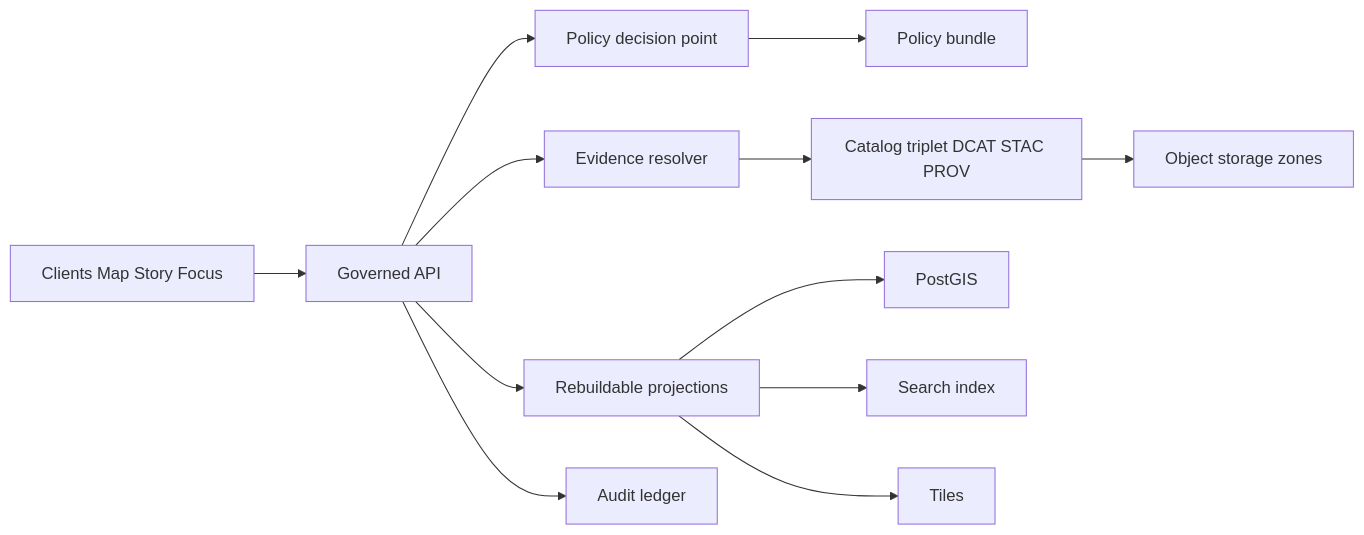
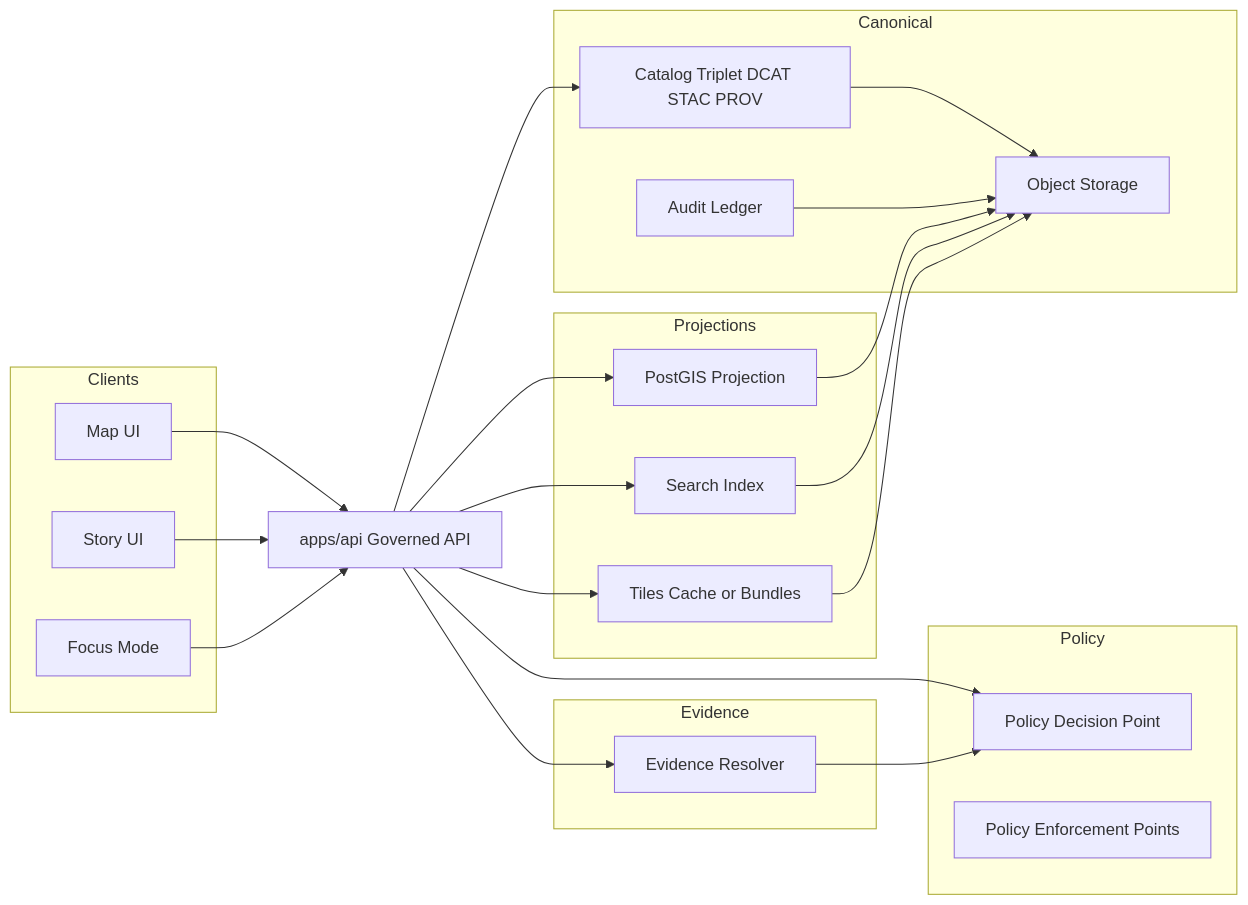
The diagram in apps/api/README.md (bartytime4life/Kansas-Frontier-Matrix), drawn with Mermaid before and after one commit. The commit also changed other lines of this file, not shown here.

````diff
--- a/apps/api/README.md
+++ b/apps/api/README.md
@@ -183,18 +65,49 @@
 ```mermaid
 flowchart LR
-  UI[Clients Map Story Focus] --> API[Governed API]
+  subgraph Clients
+    MapUI[Map UI]
+    StoryUI[Story UI]
+    Focus[Focus Mode]
+  end
 
-  API --> PDP[Policy decision point]
-  PDP --> POL[Policy bundle]
+  API[apps/api Governed API]
 
-  API --> EV[Evidence resolver]
-  EV --> CAT[Catalog triplet DCAT STAC PROV]
-  CAT --> OBJ[Object storage zones]
+  subgraph Policy
+    PDP[Policy Decision Point]
+    PEP[Policy Enforcement Points]
+  end
 
-  API --> PROJ[Rebuildable projections]
-  PROJ --> PG[PostGIS]
-  PROJ --> SEARCH[Search index]
-  PROJ --> TILES[Tiles]
+  subgraph Evidence
+    Resolver[Evidence Resolver]
+  end
 
-  API --> AUD[Audit ledger]
+  subgraph Canonical
+    Obj[Object Storage]
+    Triplet[Catalog Triplet DCAT STAC PROV]
+    Ledger[Audit Ledger]
+  end
+
+  subgraph Projections
+    PostGIS[PostGIS Projection]
+    Search[Search Index]
+    Tiles[Tiles Cache or Bundles]
+  end
+
+  MapUI --> API
+  StoryUI --> API
+  Focus --> API
+
+  API --> PDP
+  API --> Resolver
+  Resolver --> PDP
+  API --> Triplet
+  API --> PostGIS
+  API --> Search
+  API --> Tiles
+
+  Triplet --> Obj
+  Ledger --> Obj
+  PostGIS --> Obj
+  Search --> Obj
+  Tiles --> Obj
 ```
````
